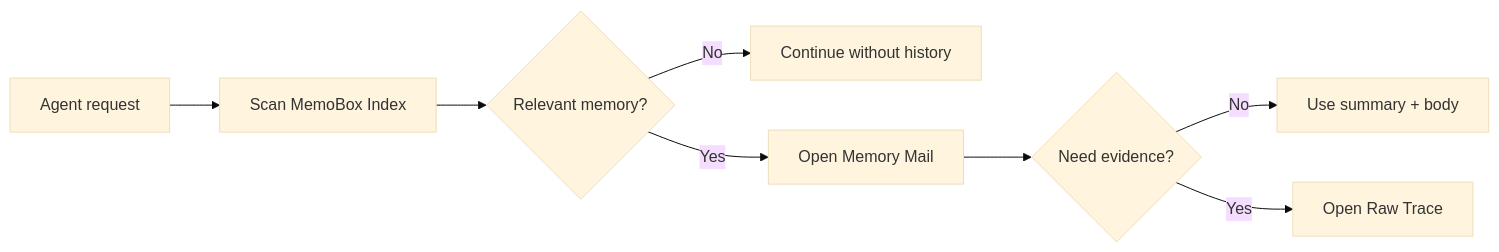
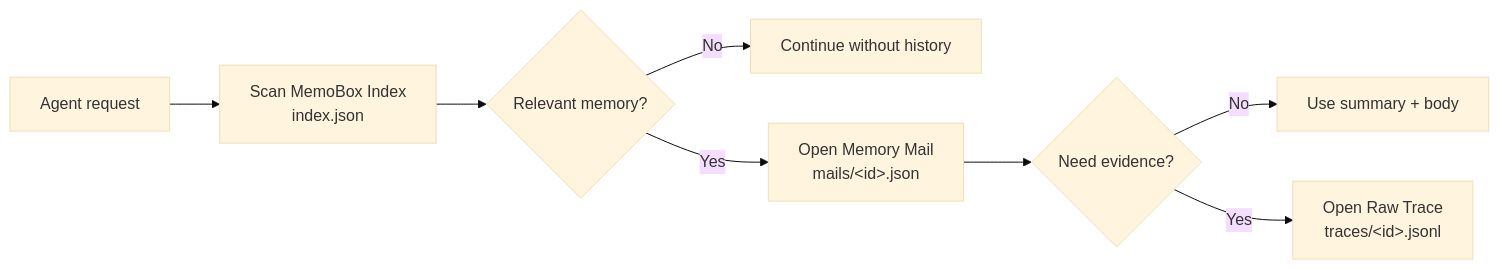
The diagram in README-EN.md (study8677/memobox), drawn with Mermaid (base theme) before and after one commit. The commit also changed other lines of this file and 1 other file, not shown here.

Commit message:
Improve MemoBox README homepage

````diff
--- a/README-EN.md
+++ b/README-EN.md
@@ -36,10 +96,10 @@
 ```mermaid
 flowchart LR
-    A["Agent request"] --> B["Scan MemoBox Index"]
+    A["Agent request"] --> B["Scan MemoBox Index<br/>index.json"]
     B --> C{"Relevant memory?"}
     C -- "No" --> D["Continue without history"]
-    C -- "Yes" --> E["Open Memory Mail"]
+    C -- "Yes" --> E["Open Memory Mail<br/>mails/&lt;id&gt;.json"]
     E --> F{"Need evidence?"}
     F -- "No" --> G["Use summary + body"]
-    F -- "Yes" --> H["Open Raw Trace"]
+    F -- "Yes" --> H["Open Raw Trace<br/>traces/&lt;id&gt;.jsonl"]
 ```
````
